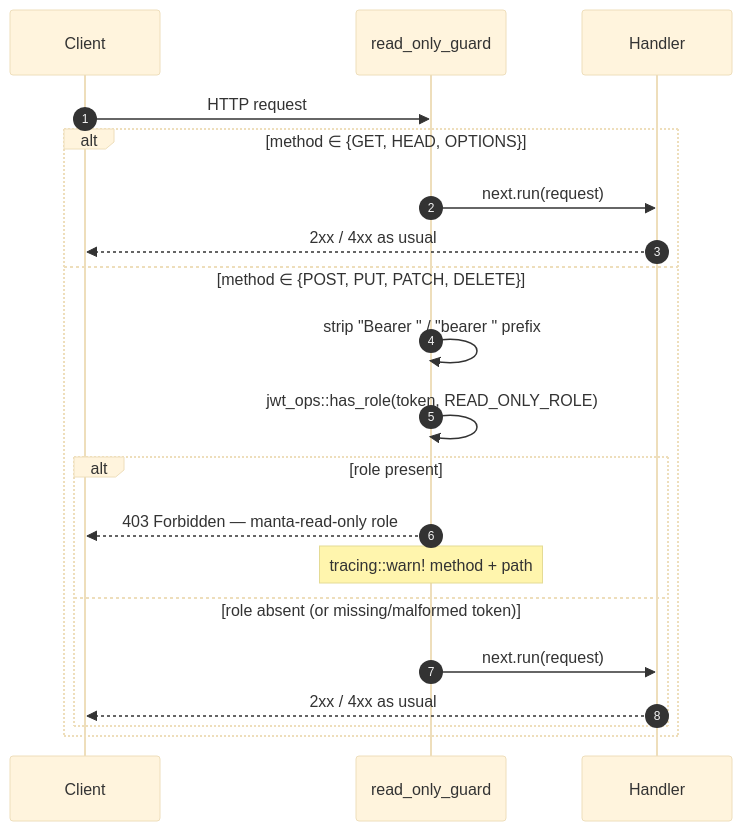
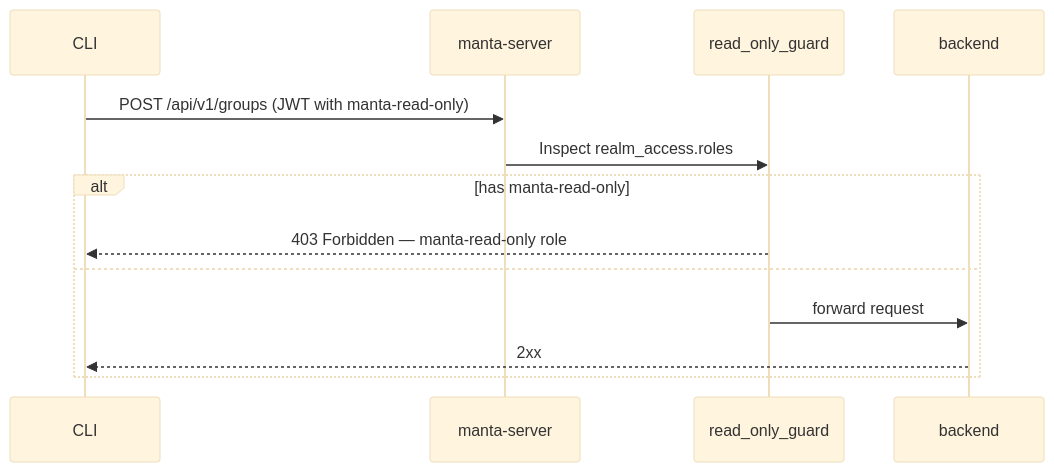
The fifth of 5 diagrams in GUIDE.md (eth-cscs/manta), drawn with Mermaid (base theme) before and after one commit. The commit also changed other lines of this file and 8 other files, not shown here.

First line of the commit message:
docs: reframe CLI read-only as JWT-derived

````diff
--- a/GUIDE.md
+++ b/GUIDE.md
@@ -807,24 +789,16 @@
 ```mermaid
 sequenceDiagram
-    autonumber
-    participant C as Client
+    participant C as CLI
+    participant M as manta-server
     participant G as read_only_guard
-    participant H as Handler
+    participant B as backend
 
-    C->>G: HTTP request
-
-    alt method ∈ {GET, HEAD, OPTIONS}
-        G->>H: next.run(request)
-        H-->>C: 2xx / 4xx as usual
-    else method ∈ {POST, PUT, PATCH, DELETE}
-        G->>G: strip "Bearer " / "bearer " prefix
-        G->>G: jwt_ops::has_role(token, READ_ONLY_ROLE)
-        alt role present
-            G-->>C: 403 Forbidden — manta-read-only role
-            Note over G: tracing::warn! method + path
-        else role absent (or missing/malformed token)
-            G->>H: next.run(request)
-            H-->>C: 2xx / 4xx as usual
-        end
+    C->>M: POST /api/v1/groups (JWT with manta-read-only)
+    M->>G: Inspect realm_access.roles
+    alt has manta-read-only
+        G-->>C: 403 Forbidden — manta-read-only role
+    else
+        G->>B: forward request
+        B-->>C: 2xx
     end
 ```
````
